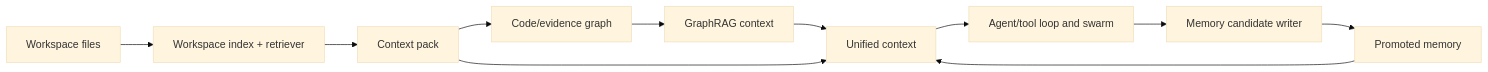
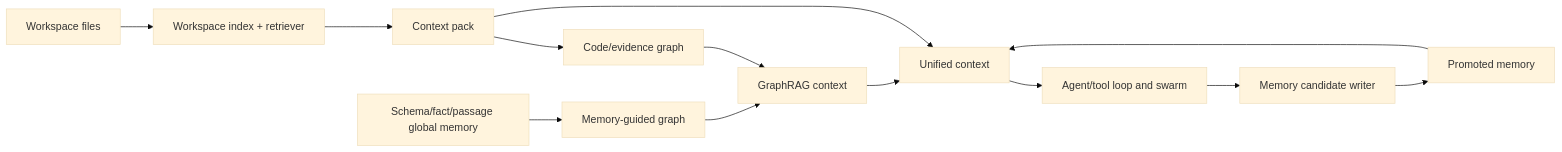
Before and after one commit to PhantomG27249/helios-forge: the third of 6 diagrams in docs/architecture/feature-architecture-map.md, drawn with Mermaid (base theme). The commit also changed other lines of this file, not shown here.

Commit message:
docs: update feature architecture for evolution upgrades

````diff
--- a/docs/architecture/feature-architecture-map.md
+++ b/docs/architecture/feature-architecture-map.md
@@ -138,13 +145,15 @@
 ```mermaid
 flowchart LR
   Workspace["Workspace files"] --> RAG["Workspace index + retriever"]
   RAG --> ContextPack["Context pack"]
   ContextPack --> Graph["Code/evidence graph"]
   Graph --> GraphRAG["GraphRAG context"]
   Memory["Promoted memory"] --> Unified["Unified context"]
+  GlobalMemory["Schema/fact/passage global memory"] --> MemoryGraph["Memory-guided graph"]
+  MemoryGraph --> GraphRAG
   GraphRAG --> Unified
   ContextPack --> Unified
   Unified --> Agent["Agent/tool loop and swarm"]
   Agent --> MemoryWriter["Memory candidate writer"]
   MemoryWriter --> Memory
 ```
````
